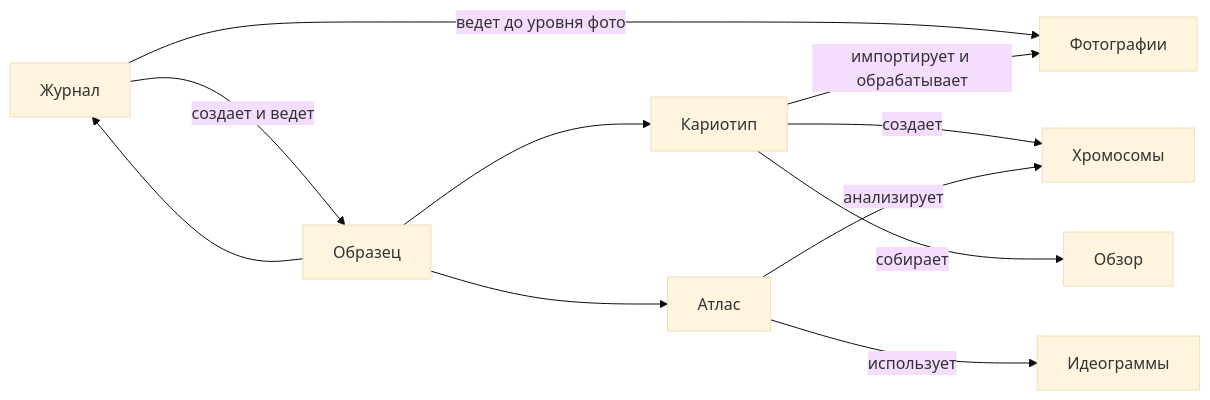
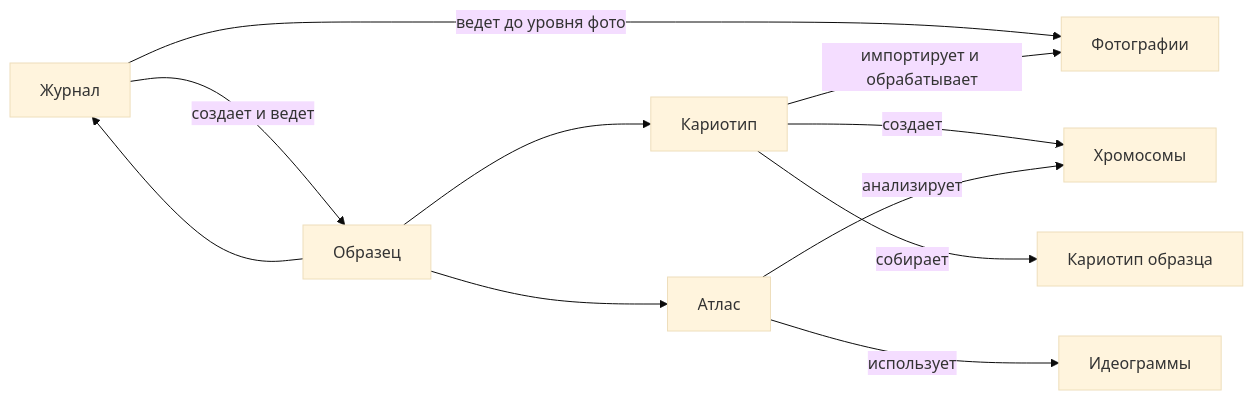
The diagram in docs/журнал/10_связь_с_кариотипом_и_атласом.md (Sycheslav/karyolab), drawn with Mermaid (base theme) before and after one commit. The commit also changed other lines of this file and 174 other files, not shown here.

Commit message:
Remove unused canvas file, update graph scaling in configuration, and enhance documentation on karyotype and anomaly classifications. Introduce saved comparison feature for better data management and improve event handling in the workflow.

````diff
--- a/docs/журнал/10_связь_с_кариотипом_и_атласом.md
+++ b/docs/журнал/10_связь_с_кариотипом_и_атласом.md
@@ -9,22 +9,22 @@
 ```mermaid
 flowchart LR
     Journal["Журнал"]
     Karyotype["Кариотип"]
     Atlas["Атлас"]
     Sample["Образец"]
     Photo["Фотографии"]
     Chromosome["Хромосомы"]
     Ideogram["Идеограммы"]
-    Overview["Обзор"]
+    SampleKaryotype["Кариотип образца"]
 
     Journal -->|"создает и ведет"| Sample
     Journal -->|"ведет до уровня фото"| Photo
     Karyotype -->|"импортирует и обрабатывает"| Photo
     Karyotype -->|"создает"| Chromosome
-    Karyotype -->|"собирает"| Overview
+    Karyotype -->|"собирает"| SampleKaryotype
     Atlas -->|"анализирует"| Chromosome
     Atlas -->|"использует"| Ideogram
     Sample --> Journal
     Sample --> Karyotype
     Sample --> Atlas
 ```
````
